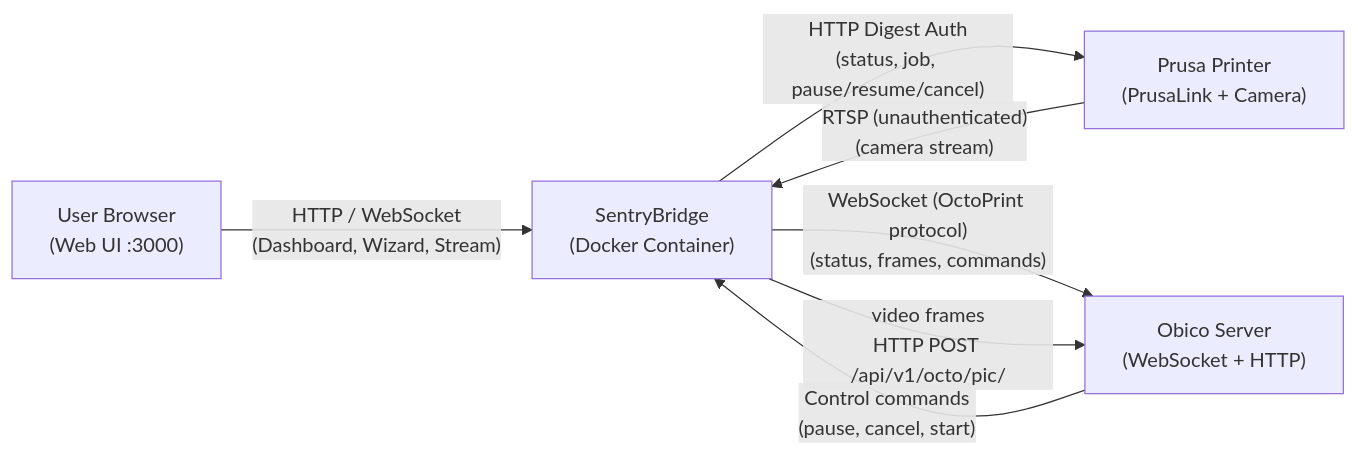
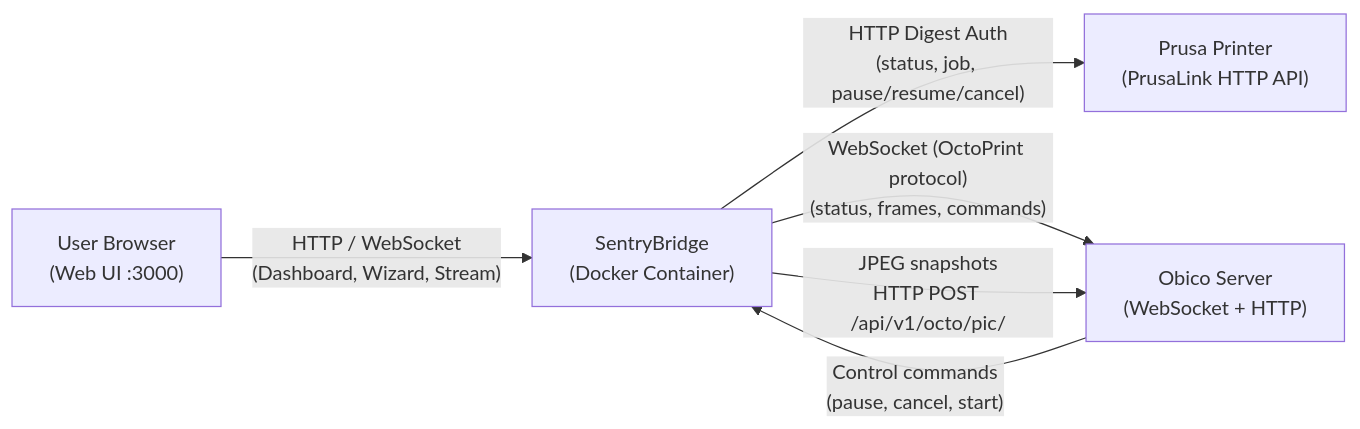
The diagram in docs/arc42/03-context.md (reneleban/sentry-bridge), drawn with Mermaid before and after one commit. The commit also changed 2 other files, not shown here.

Commit message:
docs(arc42): add arc42 index + chapters 1-3 and spec index (Phase 17-01)

````diff
--- a/docs/arc42/03-context.md
+++ b/docs/arc42/03-context.md
@@ -7,14 +7,13 @@
 ```mermaid
 graph LR
     Browser["User Browser\n(Web UI :3000)"]
     Bridge["SentryBridge\n(Docker Container)"]
-    Printer["Prusa Printer\n(PrusaLink + Camera)"]
+    Printer["Prusa Printer\n(PrusaLink HTTP API)"]
     Obico["Obico Server\n(WebSocket + HTTP)"]
 
     Browser -- "HTTP / WebSocket\n(Dashboard, Wizard, Stream)" --> Bridge
     Bridge -- "HTTP Digest Auth\n(status, job, pause/resume/cancel)" --> Printer
-    Printer -- "RTSP (unauthenticated)\n(camera stream)" --> Bridge
     Bridge -- "WebSocket (OctoPrint protocol)\n(status, frames, commands)" --> Obico
     Obico -- "Control commands\n(pause, cancel, start)" --> Bridge
-    Bridge -- "video frames\nHTTP POST /api/v1/octo/pic/" --> Obico
+    Bridge -- "JPEG snapshots\nHTTP POST /api/v1/octo/pic/" --> Obico
 ```
````
